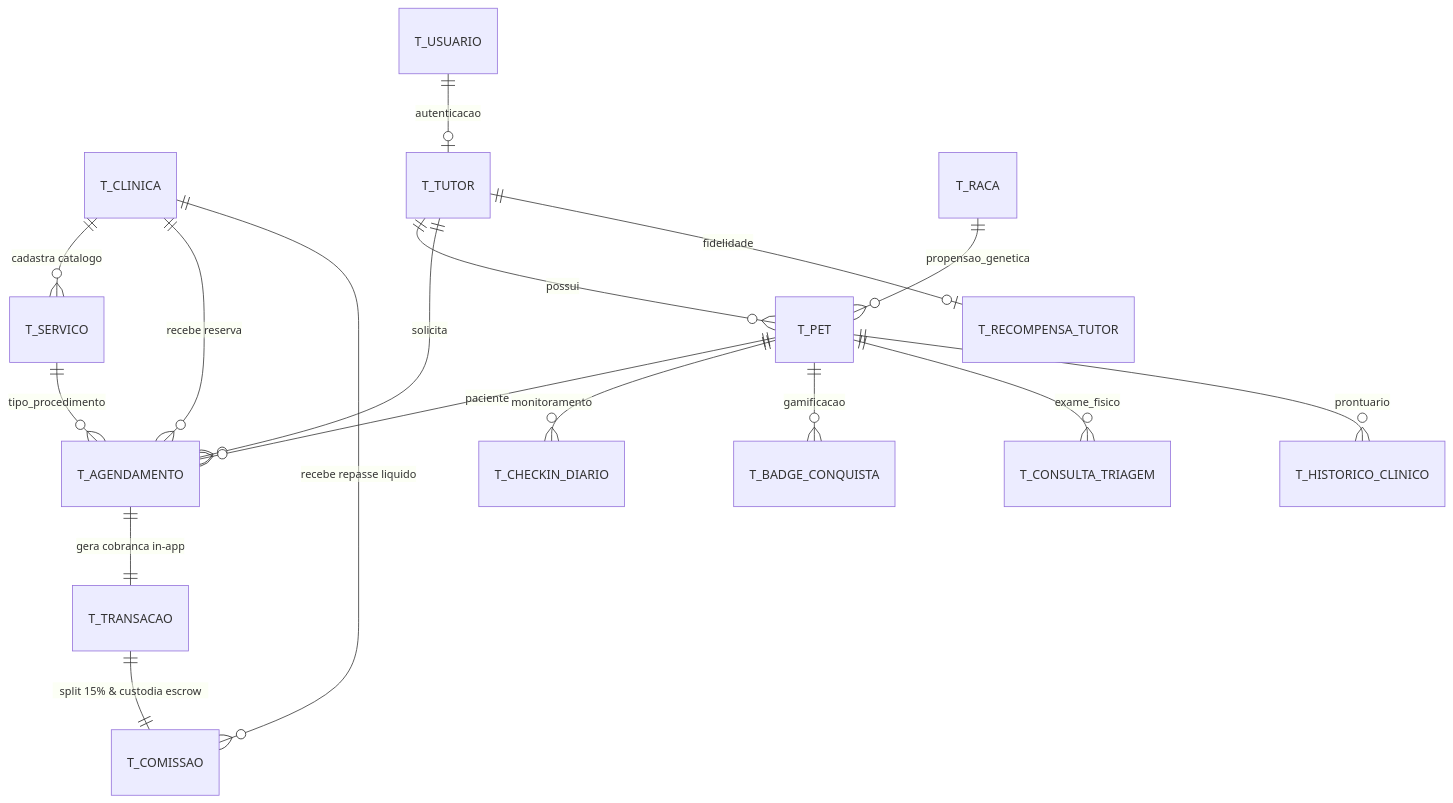
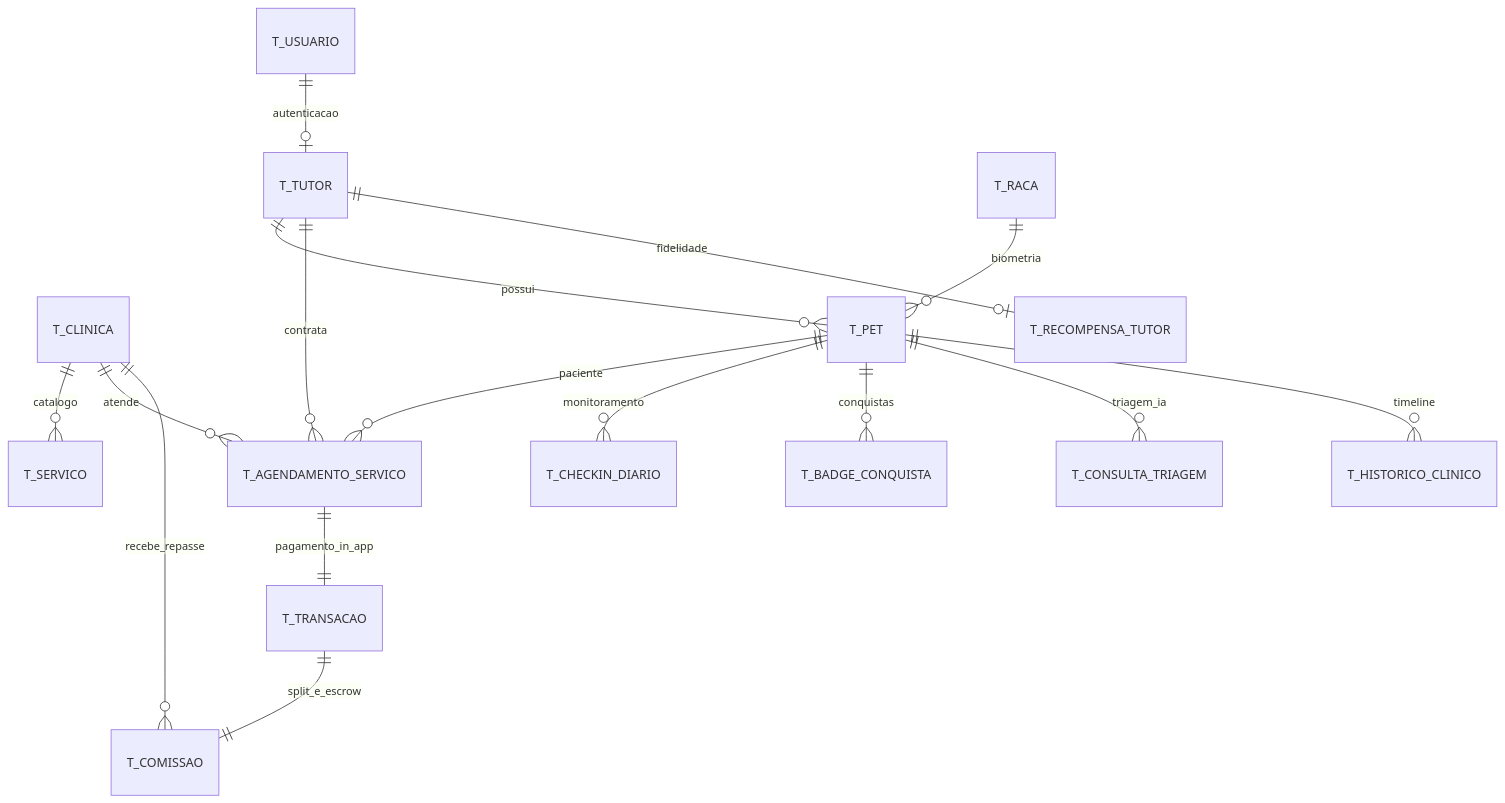
The second of 2 diagrams in README.md (Gabriel-Maciel06/clyvo-vet-devops-sprint4), drawn with Mermaid before and after one commit. The commit also changed other lines of this file and 21 other files, not shown here.

````diff
--- a/README.md
+++ b/README.md
@@ -293,22 +150,18 @@
 ```mermaid
 erDiagram
-    T_CLINICA ||--o{ T_SERVICO : "cadastra catalogo"
-    T_CLINICA ||--o{ T_AGENDAMENTO : "recebe reserva"
-    T_CLINICA ||--o{ T_COMISSAO : "recebe repasse liquido"
-    
+    T_CLINICA ||--o{ T_SERVICO : "catalogo"
+    T_CLINICA ||--o{ T_AGENDAMENTO_SERVICO : "atende"
+    T_CLINICA ||--o{ T_COMISSAO : "recebe_repasse"
     T_TUTOR ||--o{ T_PET : "possui"
-    T_TUTOR ||--o{ T_AGENDAMENTO : "solicita"
-    T_PET ||--o{ T_AGENDAMENTO : "paciente"
-    T_SERVICO ||--o{ T_AGENDAMENTO : "tipo_procedimento"
-    
-    T_AGENDAMENTO ||--|| T_TRANSACAO : "gera cobranca in-app"
-    T_TRANSACAO ||--|| T_COMISSAO : "split 15% & custodia escrow"
-    
+    T_TUTOR ||--o{ T_AGENDAMENTO_SERVICO : "contrata"
+    T_PET ||--o{ T_AGENDAMENTO_SERVICO : "paciente"
+    T_AGENDAMENTO_SERVICO ||--|| T_TRANSACAO : "pagamento_in_app"
+    T_TRANSACAO ||--|| T_COMISSAO : "split_e_escrow"
     T_USUARIO ||--o| T_TUTOR : "autenticacao"
     T_PET ||--o{ T_CHECKIN_DIARIO : "monitoramento"
-    T_PET ||--o{ T_BADGE_CONQUISTA : "gamificacao"
-    T_PET ||--o{ T_CONSULTA_TRIAGEM : "exame_fisico"
-    T_PET ||--o{ T_HISTORICO_CLINICO : "prontuario"
+    T_PET ||--o{ T_BADGE_CONQUISTA : "conquistas"
+    T_PET ||--o{ T_CONSULTA_TRIAGEM : "triagem_ia"
+    T_PET ||--o{ T_HISTORICO_CLINICO : "timeline"
     T_TUTOR ||--o| T_RECOMPENSA_TUTOR : "fidelidade"
-    T_RACA ||--o{ T_PET : "propensao_genetica"
+    T_RACA ||--o{ T_PET : "biometria"
 ```
````
